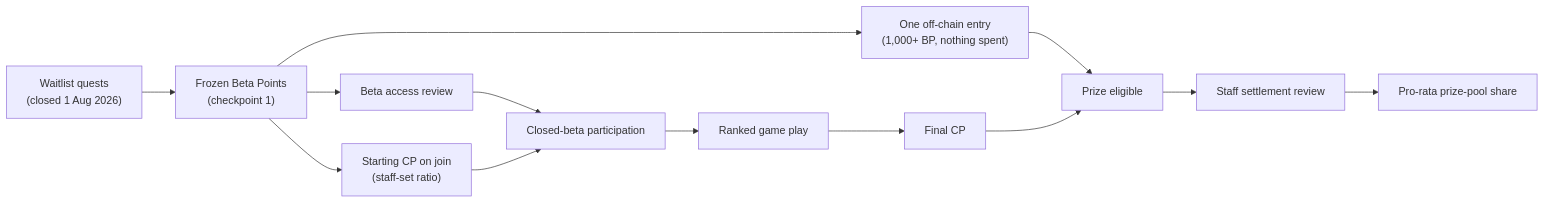
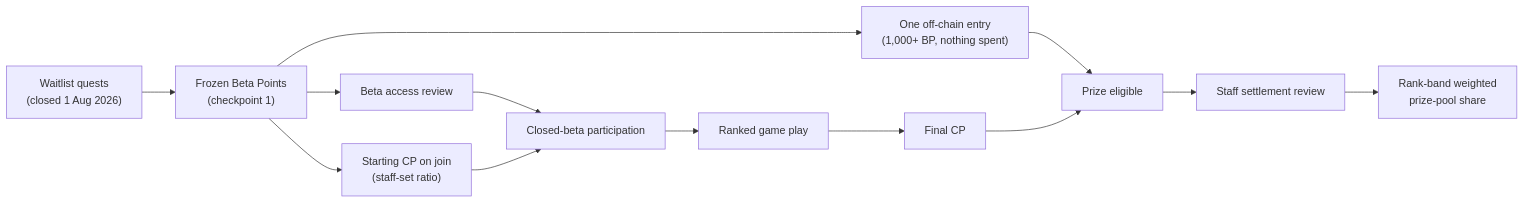
Before and after one commit to aiclawarena/ai-clawarena-public: the first of 2 diagrams in docs/closed-beta-economics.md, drawn with Mermaid. The commit also changed other lines of this file and 3 other files, not shown here.

First line of the commit message:
docs: the prize pool splits on weighted CP, and the docs never said so

````diff
--- a/docs/closed-beta-economics.md
+++ b/docs/closed-beta-economics.md
@@ -47,15 +84,15 @@
 ```mermaid
 flowchart LR
     WL["Waitlist quests<br/>(closed 1 Aug 2026)"] --> BP["Frozen Beta Points<br/>(checkpoint 1)"]
     BP --> Review["Beta access review"]
     BP --> Ticket["One off-chain entry<br/>(1,000+ BP, nothing spent)"]
     BP --> Start["Starting CP on join<br/>(staff-set ratio)"]
     Review --> Beta["Closed-beta participation"]
     Start --> Beta
     Beta --> Games["Ranked game play"]
     Games --> CP["Final CP"]
     Ticket --> Eligible["Prize eligible"]
     CP --> Eligible
     Eligible --> Audit["Staff settlement review"]
-    Audit --> Split["Pro-rata prize-pool share"]
+    Audit --> Split["Rank-band weighted<br/>prize-pool share"]
 ```
````
